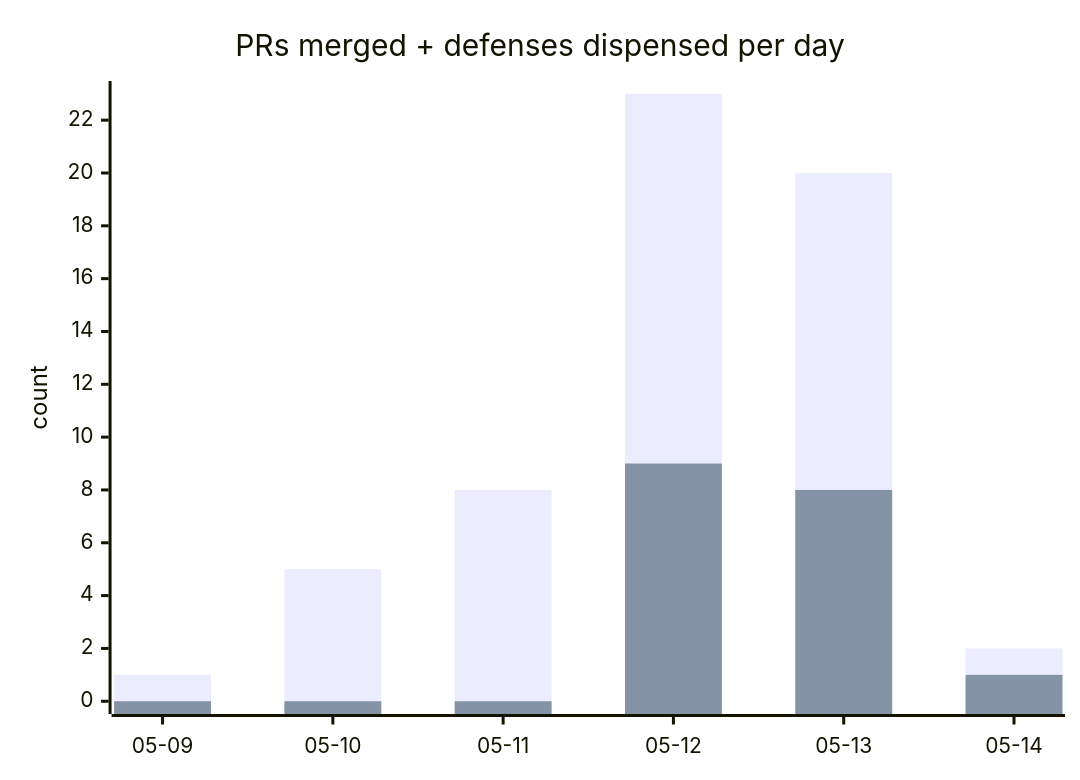
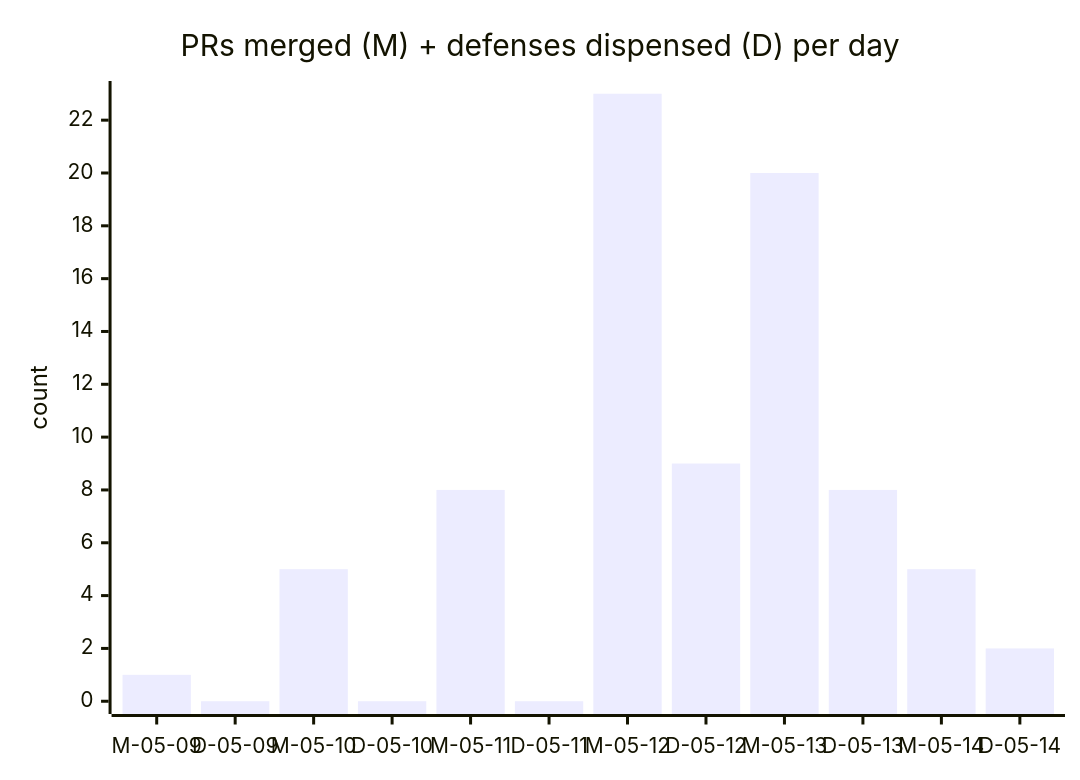
One commit to kimjune01/kimjune01 changed the second of 3 diagrams in README.md. Above: the diagram before and after it, drawn with Mermaid. The commit also changed other lines of this file, not shown here.

Commit message:
stats: 62/110 PRs = 56% · issues 19/28 = 67% (as of May 14, 2026)

````diff
--- a/README.md
+++ b/README.md
@@ -17,8 +17,7 @@
 ```mermaid
 xychart-beta
-    title "PRs merged + defenses dispensed per day"
-    x-axis ["05-09", "05-10", "05-11", "05-12", "05-13", "05-14"]
-    y-axis "count"
-    bar [1, 5, 8, 23, 20, 2]
-    bar [0, 0, 0, 9, 8, 1]
+    title "PRs merged (M) + defenses dispensed (D) per day"
+    x-axis ["M-05-09", "D-05-09", "M-05-10", "D-05-10", "M-05-11", "D-05-11", "M-05-12", "D-05-12", "M-05-13", "D-05-13", "M-05-14", "D-05-14"]
+    y-axis "count" 0 --> 23
+    bar [1, 0, 5, 0, 8, 0, 23, 9, 20, 8, 5, 2]
 ```
````
